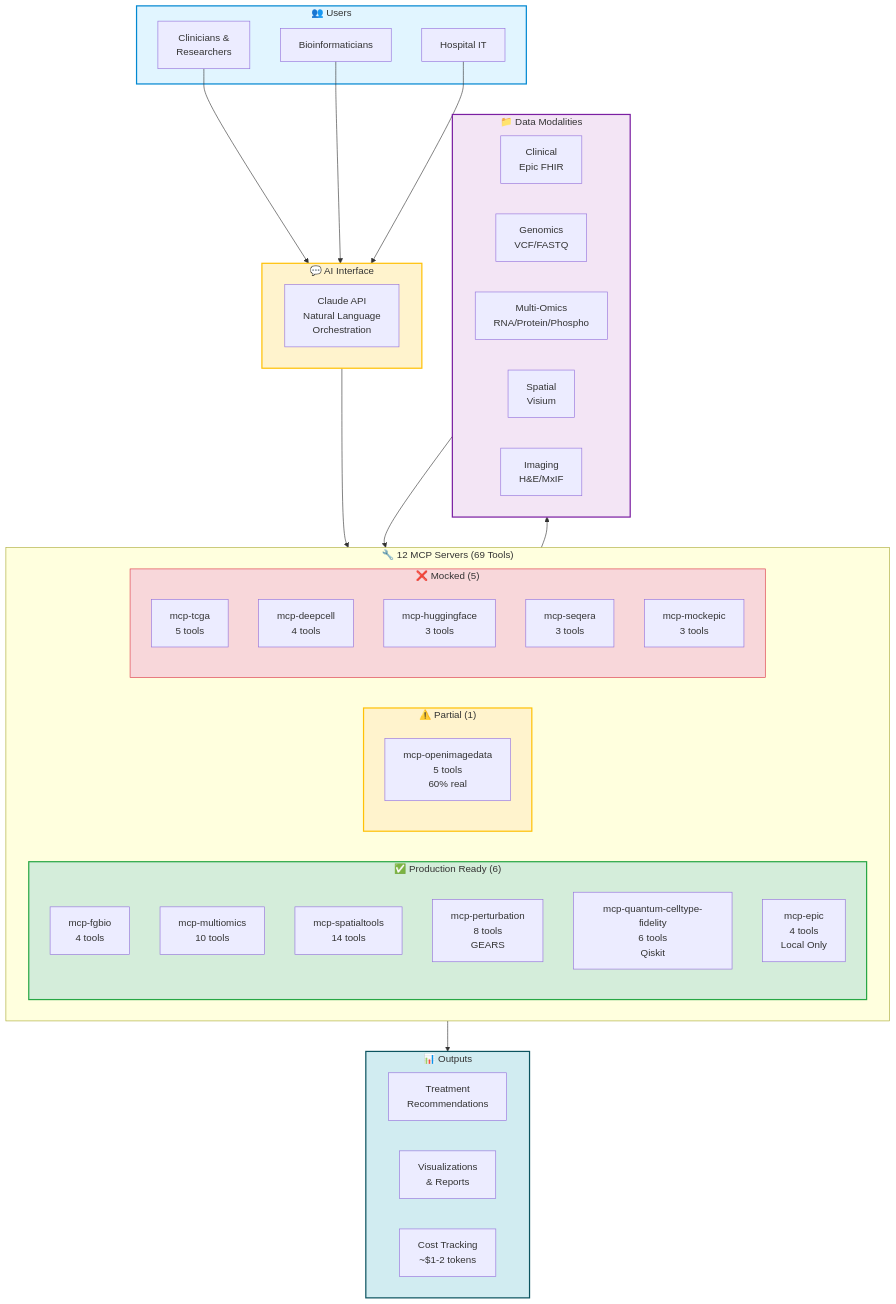
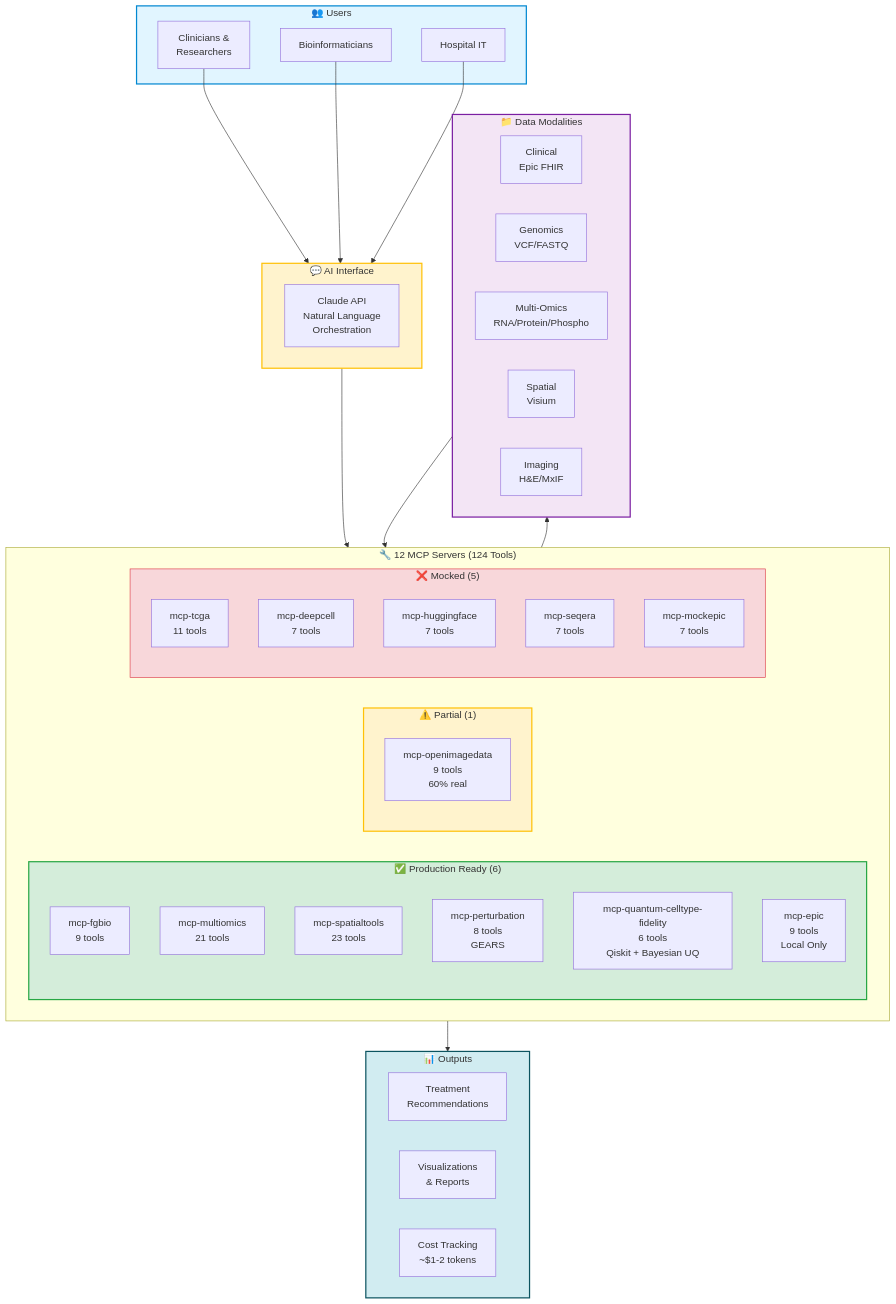
One commit to raymond301/precision-medicine-mcp changed the diagram in docs/EXECUTIVE_SUMMARY.md. Above: the diagram before and after it, drawn with Mermaid. The commit also changed other lines of this file and 2 other files, not shown here.

Commit message:
Update documentation with accurate tool counts and Phase 1 Bayesian UQ
- README.md: 69 → 124 tools, added Phase 1 Bayesian UQ feature
- EXECUTIVE_SUMMARY.md: Updated server tool counts, added UQ, v1.2
- email-summary.md: 69 → 124 tools, added Bayesian UQ mention

All docs now current and concise as of Jan 30, 2026.

🤖 Generated with [Claude Code](https://claude.com/claude-code)

````diff
--- a/docs/EXECUTIVE_SUMMARY.md
+++ b/docs/EXECUTIVE_SUMMARY.md
@@ -13,69 +13,69 @@
 ```mermaid
 graph TB
     subgraph Users["👥 Users"]
         CLIN[Clinicians &<br/>Researchers]
         BIO[Bioinformaticians]
         ADMIN[Hospital IT]
     end
 
     subgraph Interface["💬 AI Interface"]
         CLAUDE[Claude API<br/>Natural Language<br/>Orchestration]
     end
 
-    subgraph Servers["🔧 12 MCP Servers (69 Tools)"]
+    subgraph Servers["🔧 12 MCP Servers (124 Tools)"]
         direction LR
         subgraph Production["✅ Production Ready (6)"]
-            FGBIO[mcp-fgbio<br/>4 tools]
-            MULTI[mcp-multiomics<br/>10 tools]
-            SPATIAL[mcp-spatialtools<br/>14 tools]
+            FGBIO[mcp-fgbio<br/>9 tools]
+            MULTI[mcp-multiomics<br/>21 tools]
+            SPATIAL[mcp-spatialtools<br/>23 tools]
             PERTURB[mcp-perturbation<br/>8 tools<br/>GEARS]
-            QUANTUM[mcp-quantum-celltype-fidelity<br/>6 tools<br/>Qiskit]
-            EPIC[mcp-epic<br/>4 tools<br/>Local Only]
+            QUANTUM[mcp-quantum-celltype-fidelity<br/>6 tools<br/>Qiskit + Bayesian UQ]
+            EPIC[mcp-epic<br/>9 tools<br/>Local Only]
         end
 
         subgraph Partial["⚠️ Partial (1)"]
-            IMAGE[mcp-openimagedata<br/>5 tools<br/>60% real]
+            IMAGE[mcp-openimagedata<br/>9 tools<br/>60% real]
         end
 
         subgraph Mocked["❌ Mocked (5)"]
-            TCGA[mcp-tcga<br/>5 tools]
-            DEEP[mcp-deepcell<br/>4 tools]
-            HF[mcp-huggingface<br/>3 tools]
-            SEQ[mcp-seqera<br/>3 tools]
-            MOCK[mcp-mockepic<br/>3 tools]
+            TCGA[mcp-tcga<br/>11 tools]
+            DEEP[mcp-deepcell<br/>7 tools]
+            HF[mcp-huggingface<br/>7 tools]
+            SEQ[mcp-seqera<br/>7 tools]
+            MOCK[mcp-mockepic<br/>7 tools]
         end
     end
 
     subgraph Data["📁 Data Modalities"]
         CLINICAL[Clinical<br/>Epic FHIR]
         GENOMIC[Genomics<br/>VCF/FASTQ]
         OMICS[Multi-Omics<br/>RNA/Protein/Phospho]
         SPAT[Spatial<br/>Visium]
         IMG[Imaging<br/>H&E/MxIF]
     end
 
     subgraph Output["📊 Outputs"]
         REPORT[Treatment<br/>Recommendations]
         VIZ[Visualizations<br/>& Reports]
         COST[Cost Tracking<br/>~$1-2 tokens]
     end
 
     CLIN --> Interface
     BIO --> Interface
     ADMIN --> Interface
 
     Interface --> Servers
 
     Servers --> Data
     Data --> Servers
 
     Servers --> Output
 
     style Users fill:#e1f5ff,stroke:#0288d1,stroke-width:2px
     style Interface fill:#fff3cd,stroke:#ffc107,stroke-width:2px
     style Production fill:#d4edda,stroke:#28a745,stroke-width:2px
     style Partial fill:#fff3cd,stroke:#ffc107,stroke-width:2px
     style Mocked fill:#f8d7da,stroke:#dc3545,stroke-width:1px
     style Data fill:#f3e5f5,stroke:#7b1fa2,stroke-width:2px
     style Output fill:#d1ecf1,stroke:#0c5460,stroke-width:2px
 ```
````
